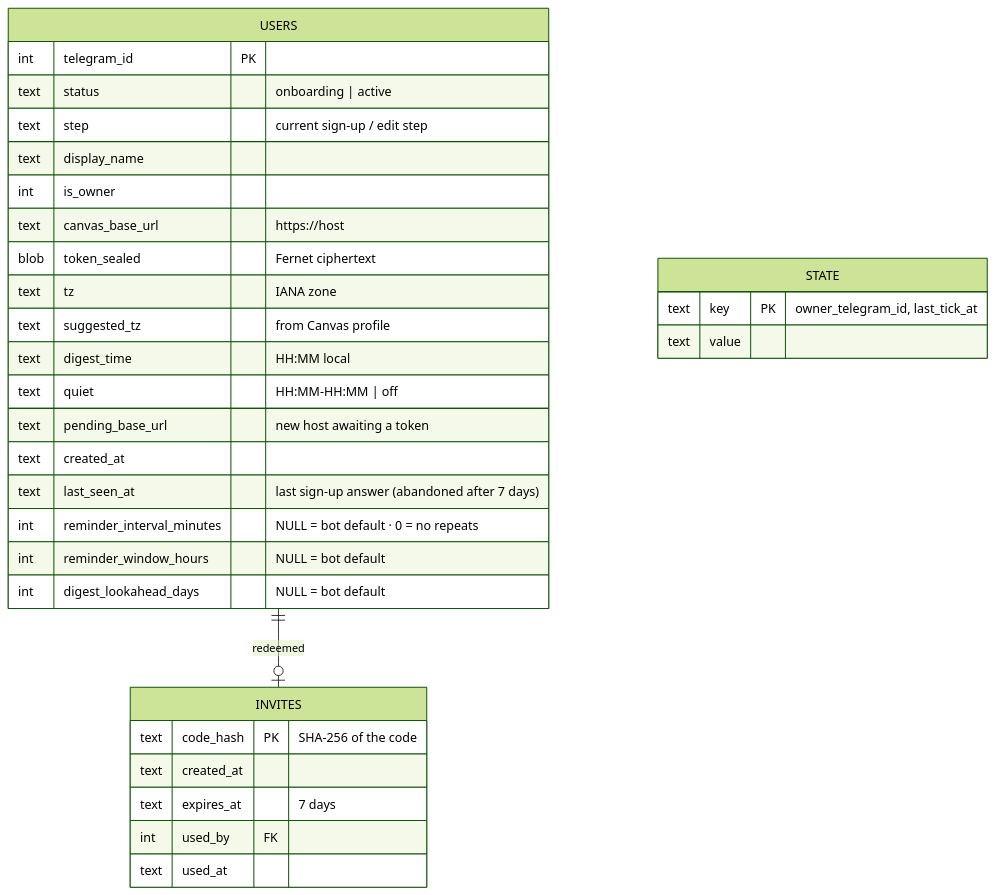
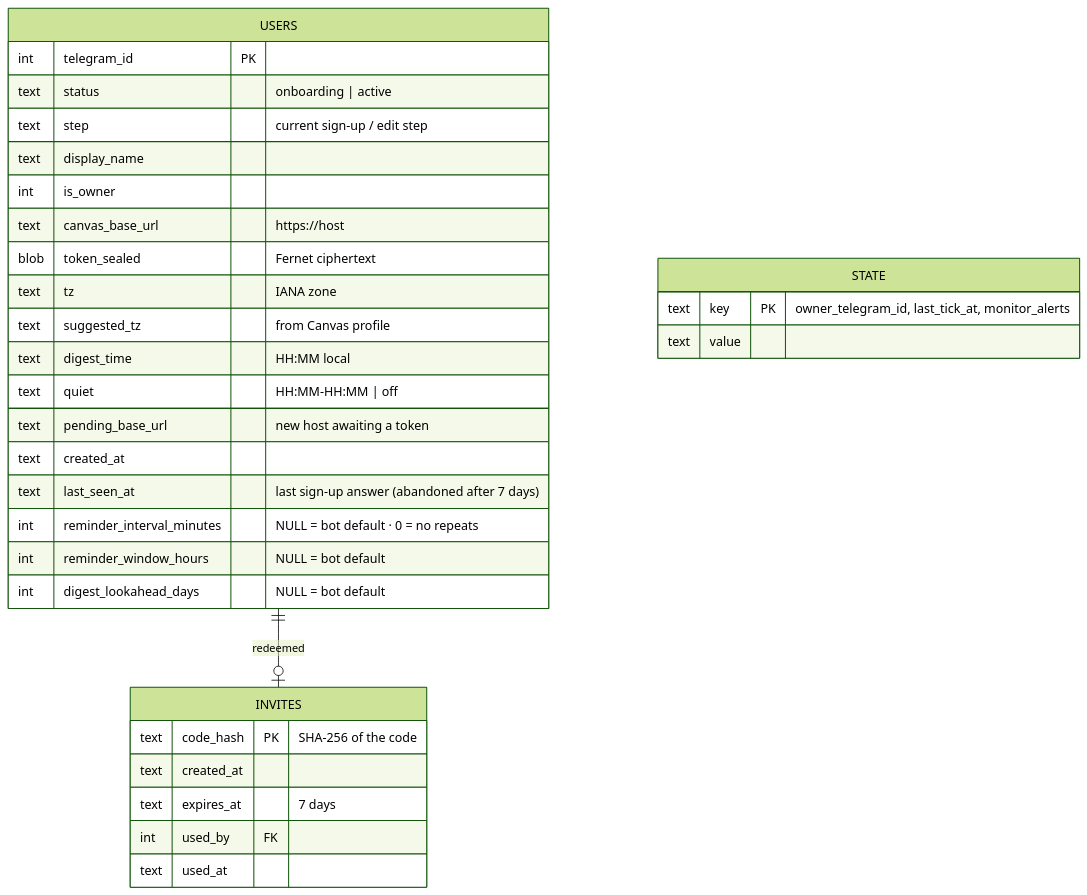
Before and after one commit to rmaytr/CanvasAssignmentTrackingBot: the seventh of 8 diagrams in docs/architecture.md, drawn with Mermaid (forest theme). The commit also changed other lines of this file and 4 other files, not shown here.

````diff
--- a/docs/architecture.md
+++ b/docs/architecture.md
@@ -225,34 +226,34 @@
 ```mermaid
 erDiagram
     USERS {
         int telegram_id PK
         text status "onboarding | active"
         text step "current sign-up / edit step"
         text display_name
         int is_owner
         text canvas_base_url "https://host"
         blob token_sealed "Fernet ciphertext"
         text tz "IANA zone"
         text suggested_tz "from Canvas profile"
         text digest_time "HH:MM local"
         text quiet "HH:MM-HH:MM | off"
         text pending_base_url "new host awaiting a token"
         text created_at
         text last_seen_at "last sign-up answer (abandoned after 7 days)"
         int reminder_interval_minutes "NULL = bot default · 0 = no repeats"
         int reminder_window_hours "NULL = bot default"
         int digest_lookahead_days "NULL = bot default"
     }
     INVITES {
         text code_hash PK "SHA-256 of the code"
         text created_at
         text expires_at "7 days"
         int used_by FK
         text used_at
     }
     STATE {
-        text key PK "owner_telegram_id, last_tick_at"
+        text key PK "owner_telegram_id, last_tick_at, monitor_alerts"
         text value
     }
     USERS ||--o| INVITES : "redeemed"
 ```
````
